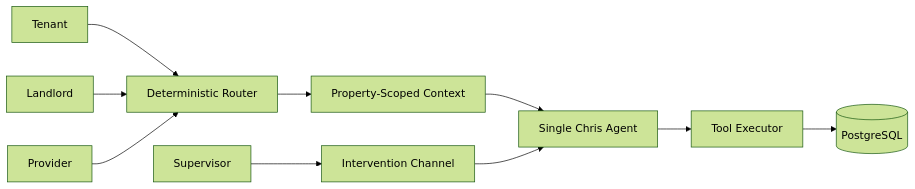
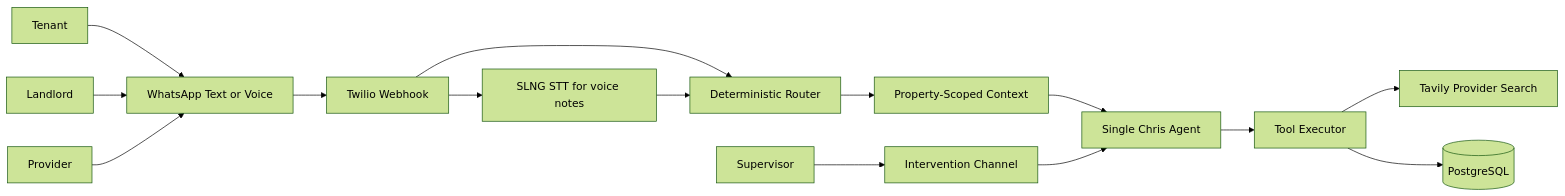
One commit to hamza-hnt/Chris.ai changed the diagram in docs/01-overview.md. Above: the diagram before and after it, drawn with Mermaid (forest theme). The commit also changed other lines of this file and 14 other files, not shown here.

````diff
--- a/docs/01-overview.md
+++ b/docs/01-overview.md
@@ -16,12 +19,17 @@
 ```mermaid
 flowchart LR
-    Tenant[Tenant] --> Router[Deterministic Router]
-    Landlord[Landlord] --> Router
-    Provider[Provider] --> Router
+    Tenant[Tenant] --> WhatsApp[WhatsApp Text or Voice]
+    Landlord[Landlord] --> WhatsApp
+    Provider[Provider] --> WhatsApp
+    WhatsApp --> Twilio[Twilio Webhook]
+    Twilio --> SLNG[SLNG STT for voice notes]
+    Twilio --> Router[Deterministic Router]
+    SLNG --> Router
     Router --> Context[Property-Scoped Context]
     Context --> Chris[Single Chris Agent]
     Chris --> Tools[Tool Executor]
+    Tools --> Tavily[Tavily Provider Search]
     Tools --> Postgres[(PostgreSQL)]
     Supervisor[Supervisor] --> Intervention[Intervention Channel]
     Intervention --> Chris
 ```
````
